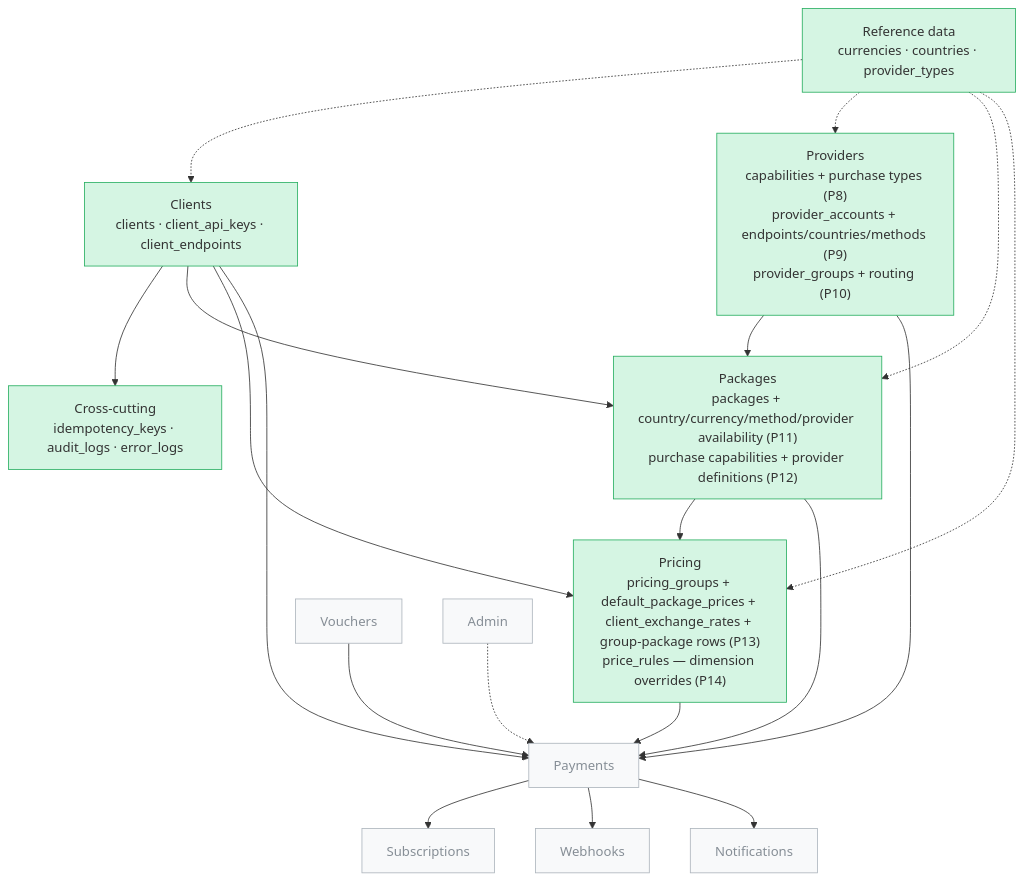
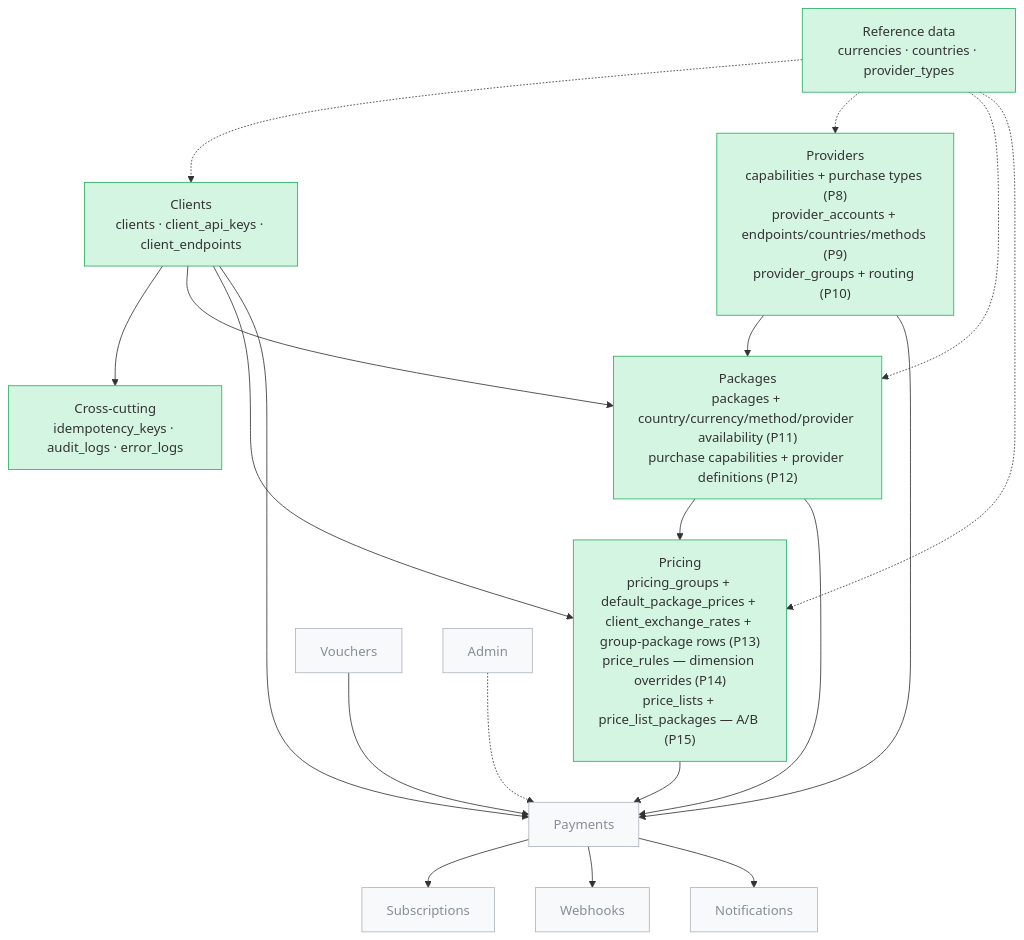
The first of 13 diagrams in .claude/docs/database-diagram.md (mahsashahi/Gomrok), drawn with Mermaid before and after one commit. The commit also changed other lines of this file and 57 other files, not shown here.

````diff
--- a/.claude/docs/database-diagram.md
+++ b/.claude/docs/database-diagram.md
@@ -9,32 +9,32 @@
 ```mermaid
 flowchart TD
     Ref["Reference data<br/>currencies · countries · provider_types"]
     Xc["Cross-cutting<br/>idempotency_keys · audit_logs · error_logs"]
     Clients["Clients<br/>clients · client_api_keys · client_endpoints"]
     Providers["Providers<br/>capabilities + purchase types (P8)<br/>provider_accounts + endpoints/countries/methods (P9)<br/>provider_groups + routing (P10)"]
     Packages["Packages<br/>packages + country/currency/method/provider availability (P11)<br/>purchase capabilities + provider definitions (P12)"]
-    Pricing["Pricing<br/>pricing_groups + default_package_prices + client_exchange_rates + group-package rows (P13)<br/>price_rules — dimension overrides (P14)"]
+    Pricing["Pricing<br/>pricing_groups + default_package_prices + client_exchange_rates + group-package rows (P13)<br/>price_rules — dimension overrides (P14)<br/>price_lists + price_list_packages — A/B (P15)"]
     Ref -.-> Clients
     Ref -.-> Providers
     Ref -.-> Packages
     Ref -.-> Pricing
     Clients --> Xc
     Clients --> Packages
     Providers --> Packages
     Clients --> Pricing
     Packages --> Pricing
     Clients --> Payments
     Providers --> Payments
     Packages --> Payments
     Pricing --> Payments
     Vouchers --> Payments
     Payments --> Subscriptions
     Payments --> Webhooks
     Payments --> Notifications
     Admin -.-> Payments
 
     classDef done fill:#d5f5e3,stroke:#27ae60;
     classDef todo fill:#f8f9fa,stroke:#adb5bd,color:#868e96;
     class Ref,Xc,Clients,Providers,Packages,Pricing done;
     class Vouchers,Payments,Subscriptions,Webhooks,Notifications,Admin todo;
 ```
````
